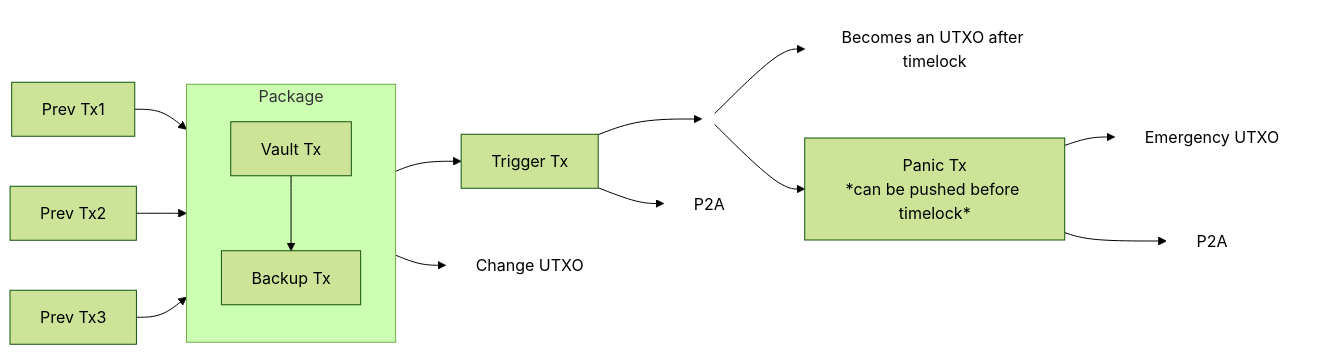
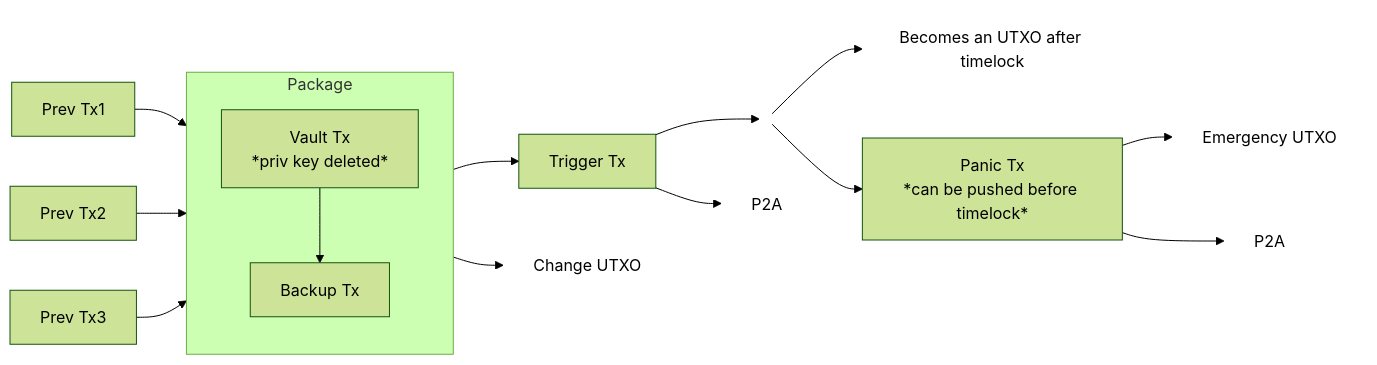
The first of 2 diagrams in descriptors/rewind2/README.md (bitcoinerlab/playground), drawn with Mermaid (forest theme) before and after one commit. The commit also changed other lines of this file, not shown here.

Commit message:
docs: refined the docs for better flow

````diff
--- a/descriptors/rewind2/README.md
+++ b/descriptors/rewind2/README.md
@@ -151,50 +76,50 @@
 ```mermaid
 flowchart LR
     U1[Prev Tx1]
     U2[Prev Tx2]
     U3[Prev Tx3]
 
     %% Package
     subgraph Package
         direction TB
-        V[Vault Tx]
+        V[Vault Tx<br/>*priv key deleted*]
         B[Backup Tx]
     end
 
     T[Trigger Tx]
     C[Change UTXO]
 
     %% Fork node
     F(( ))
     style F fill:transparent,stroke:transparent
 
     %% UTXO N as borderless box
     UTXON[Becomes an UTXO after timelock]
     style UTXON fill:transparent,stroke:transparent
 
     %% Inputs
     U1 --> V
     U2 --> V
     U3 --> V
 
     %% Vault outputs
     V --> B
     V --> T
     V --> C
     style C fill:transparent,stroke:transparent
 
     %% Trigger Tx outputs
     T --> F
     T --> A_T[P2A]
     style A_T fill:transparent,stroke:transparent
 
     %% Forked outputs
     F --> P[Panic Tx<br/>*can be pushed before timelock*]
     F --> UTXON
 
     %% Panic Tx outputs
     P --> E[Emergency UTXO]
     style E fill:transparent,stroke:transparent
     P --> A_P[P2A]
     style A_P fill:transparent,stroke:transparent
 ```
````
